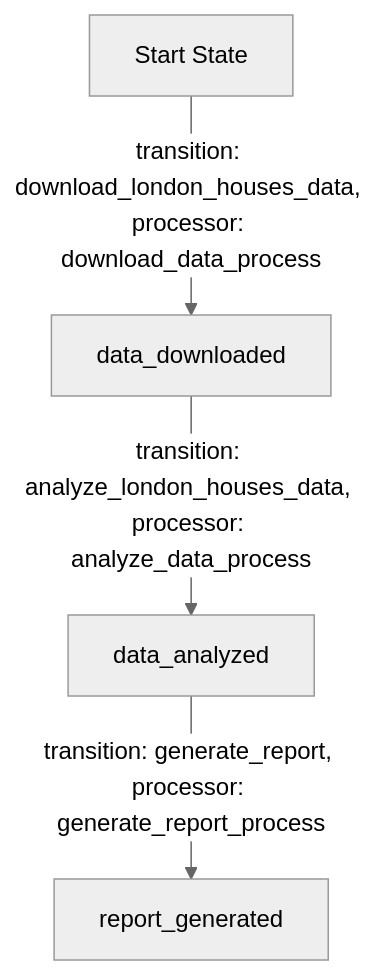
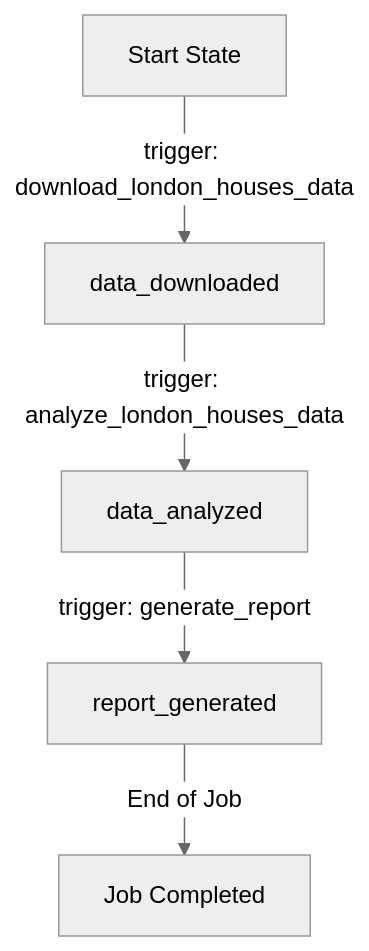
The first of 4 diagrams in entity/app_design_prd.md (Ksenniya/quart-client-template), drawn with Mermaid (neutral theme) before and after one commit. The commit also changed other lines of this file, not shown here.

````diff
--- a/entity/app_design_prd.md
+++ b/entity/app_design_prd.md
@@ -39,8 +39,9 @@
 ```mermaid
 flowchart TD
-    A[Start State] -->|transition: download_london_houses_data, processor: download_data_process| B[data_downloaded]
-    B -->|transition: analyze_london_houses_data, processor: analyze_data_process| C[data_analyzed]
-    C -->|transition: generate_report, processor: generate_report_process| D[report_generated]
+    A[Start State] -->|trigger: download_london_houses_data| B[data_downloaded]
+    B -->|trigger: analyze_london_houses_data| C[data_analyzed]
+    C -->|trigger: generate_report| D[report_generated]
+    D -->|End of Job| E[Job Completed]
 
-    class A,B,C,D automated;
+    class A,B,C,D,E automated;
 ```
````
